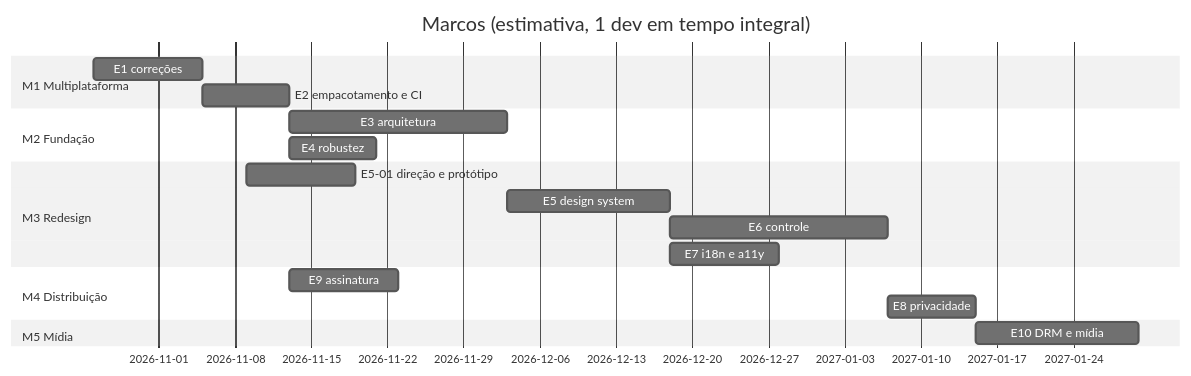
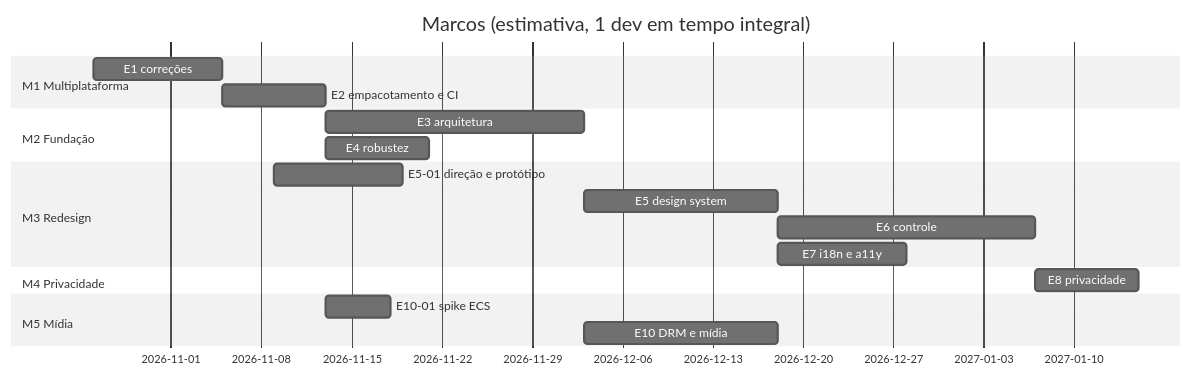
One commit to lippdev/joychromium changed the second of 2 diagrams in docs/PRD.md. Above: the diagram before and after it, drawn with Mermaid (neutral theme). The commit also changed other lines of this file, not shown here.

Commit message:
docs(prd): record decisions and add MoSCoW scope and task flow

````diff
--- a/docs/PRD.md
+++ b/docs/PRD.md
@@ -371,21 +411,21 @@
 ```mermaid
 gantt
   dateFormat YYYY-MM-DD
   title Marcos (estimativa, 1 dev em tempo integral)
   section M1 Multiplataforma
   E1 correções            :m1a, 2026-10-26, 10d
   E2 empacotamento e CI   :m1b, after m1a, 8d
   section M2 Fundação
   E3 arquitetura          :m2a, after m1b, 20d
   E4 robustez             :m2b, after m1b, 8d
   section M3 Redesign
   E5-01 direção e protótipo :m3d, 2026-11-09, 10d
   E5 design system        :m3a, after m2a, 15d
   E6 controle             :m3b, after m3a, 20d
   E7 i18n e a11y          :m3c, after m3a, 10d
-  section M4 Distribuição
-  E9 assinatura           :m4b, after m1b, 10d
+  section M4 Privacidade
   E8 privacidade          :m4a, after m3b, 8d
   section M5 Mídia
-  E10 DRM e mídia         :m5a, after m4a, 15d
+  E10-01 spike ECS        :m5s, after m1b, 5d
+  E10 DRM e mídia         :m5a, after m2a, 15d
 ```
````
